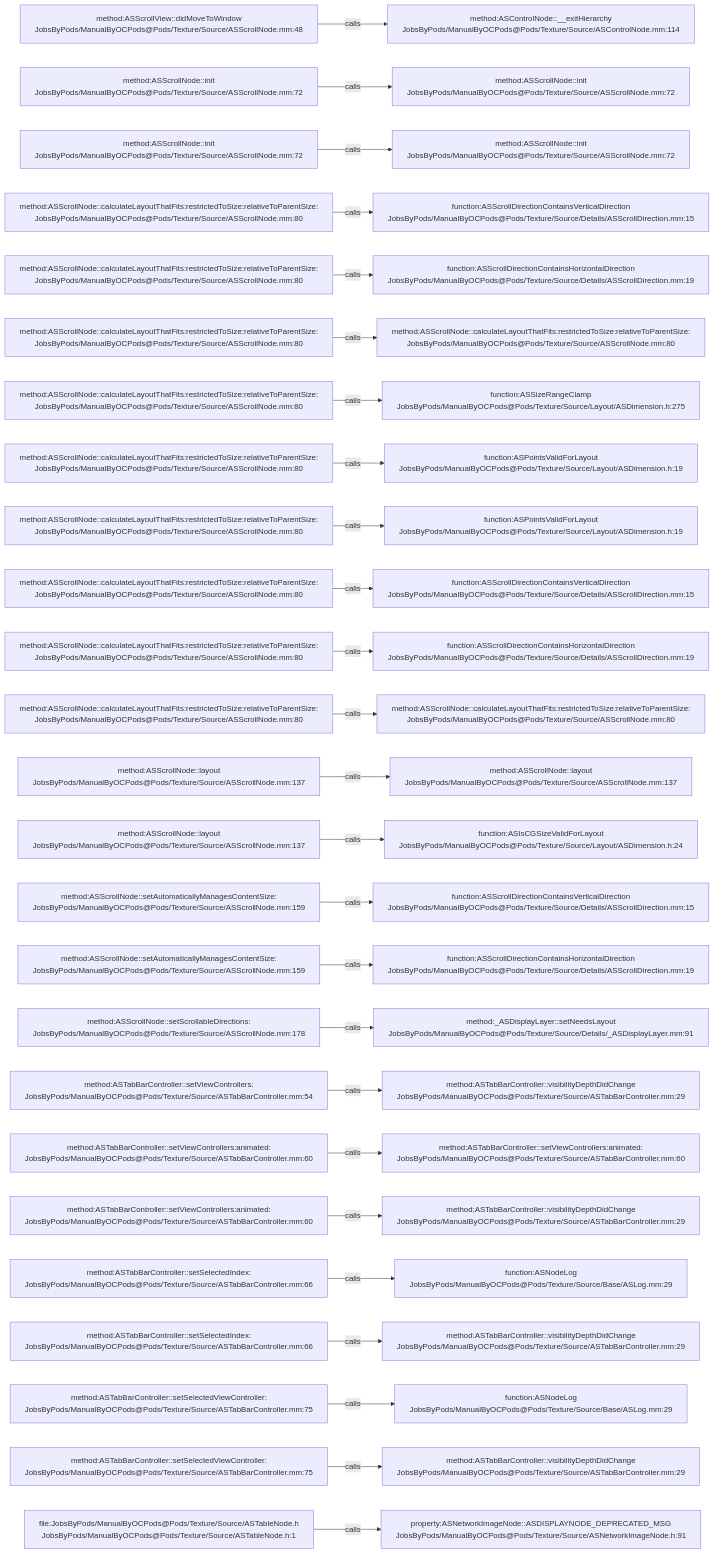
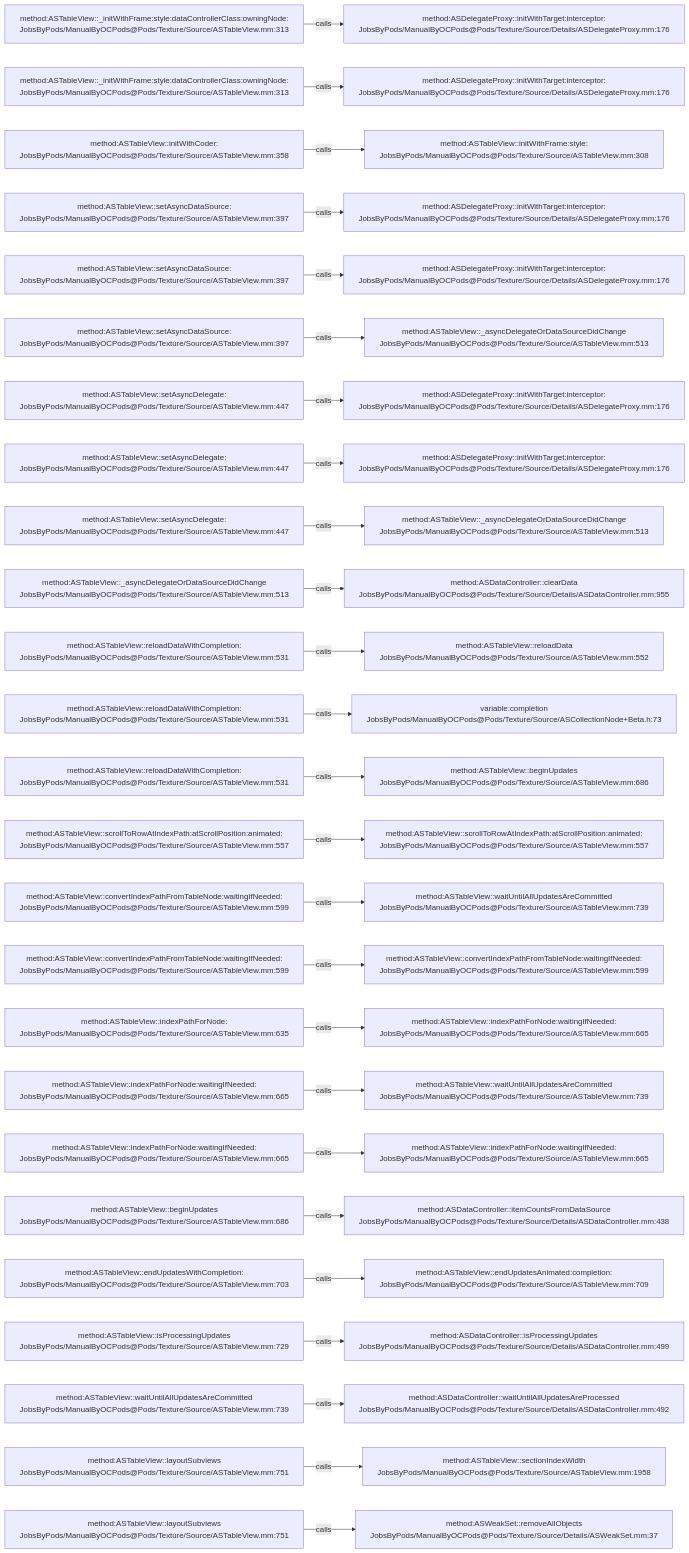
One commit to JobsKits/JobsOCBaseConfigDemo changed the diagram in .codegraph/codegraph.md/graphs/calls-119.md. Above: the diagram before and after it, drawn with Mermaid. The commit also changed 1448 other files, not shown here.

````diff
--- a/.codegraph/codegraph.md/graphs/calls-119.md
+++ b/.codegraph/codegraph.md/graphs/calls-119.md
@@ -13,78 +13,78 @@
 ```mermaid
 flowchart LR
-  S1["method:ASScrollView::didMoveToWindow<br/>JobsByPods/ManualByOCPods@Pods/Texture/Source/ASScrollNode.mm:48"]
-  T1["method:ASControlNode::__exitHierarchy<br/>JobsByPods/ManualByOCPods@Pods/Texture/Source/ASControlNode.mm:114"]
+  S1["method:ASTableView::_initWithFrame:style:dataControllerClass:owningNode:<br/>JobsByPods/ManualByOCPods@Pods/Texture/Source/ASTableView.mm:313"]
+  T1["method:ASDelegateProxy::initWithTarget:interceptor:<br/>JobsByPods/ManualByOCPods@Pods/Texture/Source/Details/ASDelegateProxy.mm:176"]
   S1 -->|calls| T1
-  S2["method:ASScrollNode::init<br/>JobsByPods/ManualByOCPods@Pods/Texture/Source/ASScrollNode.mm:72"]
-  T2["method:ASScrollNode::init<br/>JobsByPods/ManualByOCPods@Pods/Texture/Source/ASScrollNode.mm:72"]
+  S2["method:ASTableView::_initWithFrame:style:dataControllerClass:owningNode:<br/>JobsByPods/ManualByOCPods@Pods/Texture/Source/ASTableView.mm:313"]
+  T2["method:ASDelegateProxy::initWithTarget:interceptor:<br/>JobsByPods/ManualByOCPods@Pods/Texture/Source/Details/ASDelegateProxy.mm:176"]
   S2 -->|calls| T2
-  S3["method:ASScrollNode::init<br/>JobsByPods/ManualByOCPods@Pods/Texture/Source/ASScrollNode.mm:72"]
-  T3["method:ASScrollNode::init<br/>JobsByPods/ManualByOCPods@Pods/Texture/Source/ASScrollNode.mm:72"]
+  S3["method:ASTableView::initWithCoder:<br/>JobsByPods/ManualByOCPods@Pods/Texture/Source/ASTableView.mm:358"]
+  T3["method:ASTableView::initWithFrame:style:<br/>JobsByPods/ManualByOCPods@Pods/Texture/Source/ASTableView.mm:308"]
   S3 -->|calls| T3
-  S4["method:ASScrollNode::calculateLayoutThatFits:restrictedToSize:relativeToParentSize:<br/>JobsByPods/ManualByOCPods@Pods/Texture/Source/ASScrollNode.mm:80"]
-  T4["function:ASScrollDirectionContainsVerticalDirection<br/>JobsByPods/ManualByOCPods@Pods/Texture/Source/Details/ASScrollDirection.mm:15"]
+  S4["method:ASTableView::setAsyncDataSource:<br/>JobsByPods/ManualByOCPods@Pods/Texture/Source/ASTableView.mm:397"]
+  T4["method:ASDelegateProxy::initWithTarget:interceptor:<br/>JobsByPods/ManualByOCPods@Pods/Texture/Source/Details/ASDelegateProxy.mm:176"]
   S4 -->|calls| T4
-  S5["method:ASScrollNode::calculateLayoutThatFits:restrictedToSize:relativeToParentSize:<br/>JobsByPods/ManualByOCPods@Pods/Texture/Source/ASScrollNode.mm:80"]
-  T5["function:ASScrollDirectionContainsHorizontalDirection<br/>JobsByPods/ManualByOCPods@Pods/Texture/Source/Details/ASScrollDirection.mm:19"]
+  S5["method:ASTableView::setAsyncDataSource:<br/>JobsByPods/ManualByOCPods@Pods/Texture/Source/ASTableView.mm:397"]
+  T5["method:ASDelegateProxy::initWithTarget:interceptor:<br/>JobsByPods/ManualByOCPods@Pods/Texture/Source/Details/ASDelegateProxy.mm:176"]
   S5 -->|calls| T5
-  S6["method:ASScrollNode::calculateLayoutThatFits:restrictedToSize:relativeToParentSize:<br/>JobsByPods/ManualByOCPods@Pods/Texture/Source/ASScrollNode.mm:80"]
-  T6["method:ASScrollNode::calculateLayoutThatFits:restrictedToSize:relativeToParentSize:<br/>JobsByPods/ManualByOCPods@Pods/Texture/Source/ASScrollNode.mm:80"]
+  S6["method:ASTableView::setAsyncDataSource:<br/>JobsByPods/ManualByOCPods@Pods/Texture/Source/ASTableView.mm:397"]
+  T6["method:ASTableView::_asyncDelegateOrDataSourceDidChange<br/>JobsByPods/ManualByOCPods@Pods/Texture/Source/ASTableView.mm:513"]
   S6 -->|calls| T6
-  S7["method:ASScrollNode::calculateLayoutThatFits:restrictedToSize:relativeToParentSize:<br/>JobsByPods/ManualByOCPods@Pods/Texture/Source/ASScrollNode.mm:80"]
-  T7["function:ASSizeRangeClamp<br/>JobsByPods/ManualByOCPods@Pods/Texture/Source/Layout/ASDimension.h:275"]
+  S7["method:ASTableView::setAsyncDelegate:<br/>JobsByPods/ManualByOCPods@Pods/Texture/Source/ASTableView.mm:447"]
+  T7["method:ASDelegateProxy::initWithTarget:interceptor:<br/>JobsByPods/ManualByOCPods@Pods/Texture/Source/Details/ASDelegateProxy.mm:176"]
   S7 -->|calls| T7
-  S8["method:ASScrollNode::calculateLayoutThatFits:restrictedToSize:relativeToParentSize:<br/>JobsByPods/ManualByOCPods@Pods/Texture/Source/ASScrollNode.mm:80"]
-  T8["function:ASPointsValidForLayout<br/>JobsByPods/ManualByOCPods@Pods/Texture/Source/Layout/ASDimension.h:19"]
+  S8["method:ASTableView::setAsyncDelegate:<br/>JobsByPods/ManualByOCPods@Pods/Texture/Source/ASTableView.mm:447"]
+  T8["method:ASDelegateProxy::initWithTarget:interceptor:<br/>JobsByPods/ManualByOCPods@Pods/Texture/Source/Details/ASDelegateProxy.mm:176"]
   S8 -->|calls| T8
-  S9["method:ASScrollNode::calculateLayoutThatFits:restrictedToSize:relativeToParentSize:<br/>JobsByPods/ManualByOCPods@Pods/Texture/Source/ASScrollNode.mm:80"]
-  T9["function:ASPointsValidForLayout<br/>JobsByPods/ManualByOCPods@Pods/Texture/Source/Layout/ASDimension.h:19"]
+  S9["method:ASTableView::setAsyncDelegate:<br/>JobsByPods/ManualByOCPods@Pods/Texture/Source/ASTableView.mm:447"]
+  T9["method:ASTableView::_asyncDelegateOrDataSourceDidChange<br/>JobsByPods/ManualByOCPods@Pods/Texture/Source/ASTableView.mm:513"]
   S9 -->|calls| T9
-  S10["method:ASScrollNode::calculateLayoutThatFits:restrictedToSize:relativeToParentSize:<br/>JobsByPods/ManualByOCPods@Pods/Texture/Source/ASScrollNode.mm:80"]
-  T10["function:ASScrollDirectionContainsVerticalDirection<br/>JobsByPods/ManualByOCPods@Pods/Texture/Source/Details/ASScrollDirection.mm:15"]
+  S10["method:ASTableView::_asyncDelegateOrDataSourceDidChange<br/>JobsByPods/ManualByOCPods@Pods/Texture/Source/ASTableView.mm:513"]
+  T10["method:ASDataController::clearData<br/>JobsByPods/ManualByOCPods@Pods/Texture/Source/Details/ASDataController.mm:955"]
   S10 -->|calls| T10
-  S11["method:ASScrollNode::calculateLayoutThatFits:restrictedToSize:relativeToParentSize:<br/>JobsByPods/ManualByOCPods@Pods/Texture/Source/ASScrollNode.mm:80"]
-  T11["function:ASScrollDirectionContainsHorizontalDirection<br/>JobsByPods/ManualByOCPods@Pods/Texture/Source/Details/ASScrollDirection.mm:19"]
+  S11["method:ASTableView::reloadDataWithCompletion:<br/>JobsByPods/ManualByOCPods@Pods/Texture/Source/ASTableView.mm:531"]
+  T11["method:ASTableView::reloadData<br/>JobsByPods/ManualByOCPods@Pods/Texture/Source/ASTableView.mm:552"]
   S11 -->|calls| T11
-  S12["method:ASScrollNode::calculateLayoutThatFits:restrictedToSize:relativeToParentSize:<br/>JobsByPods/ManualByOCPods@Pods/Texture/Source/ASScrollNode.mm:80"]
-  T12["method:ASScrollNode::calculateLayoutThatFits:restrictedToSize:relativeToParentSize:<br/>JobsByPods/ManualByOCPods@Pods/Texture/Source/ASScrollNode.mm:80"]
+  S12["method:ASTableView::reloadDataWithCompletion:<br/>JobsByPods/ManualByOCPods@Pods/Texture/Source/ASTableView.mm:531"]
+  T12["variable:completion<br/>JobsByPods/ManualByOCPods@Pods/Texture/Source/ASCollectionNode+Beta.h:73"]
   S12 -->|calls| T12
-  S13["method:ASScrollNode::layout<br/>JobsByPods/ManualByOCPods@Pods/Texture/Source/ASScrollNode.mm:137"]
-  T13["method:ASScrollNode::layout<br/>JobsByPods/ManualByOCPods@Pods/Texture/Source/ASScrollNode.mm:137"]
+  S13["method:ASTableView::reloadDataWithCompletion:<br/>JobsByPods/ManualByOCPods@Pods/Texture/Source/ASTableView.mm:531"]
+  T13["method:ASTableView::beginUpdates<br/>JobsByPods/ManualByOCPods@Pods/Texture/Source/ASTableView.mm:686"]
   S13 -->|calls| T13
-  S14["method:ASScrollNode::layout<br/>JobsByPods/ManualByOCPods@Pods/Texture/Source/ASScrollNode.mm:137"]
-  T14["function:ASIsCGSizeValidForLayout<br/>JobsByPods/ManualByOCPods@Pods/Texture/Source/Layout/ASDimension.h:24"]
+  S14["method:ASTableView::scrollToRowAtIndexPath:atScrollPosition:animated:<br/>JobsByPods/ManualByOCPods@Pods/Texture/Source/ASTableView.mm:557"]
+  T14["method:ASTableView::scrollToRowAtIndexPath:atScrollPosition:animated:<br/>JobsByPods/ManualByOCPods@Pods/Texture/Source/ASTableView.mm:557"]
   S14 -->|calls| T14
-  S15["method:ASScrollNode::setAutomaticallyManagesContentSize:<br/>JobsByPods/ManualByOCPods@Pods/Texture/Source/ASScrollNode.mm:159"]
-  T15["function:ASScrollDirectionContainsVerticalDirection<br/>JobsByPods/ManualByOCPods@Pods/Texture/Source/Details/ASScrollDirection.mm:15"]
+  S15["method:ASTableView::convertIndexPathFromTableNode:waitingIfNeeded:<br/>JobsByPods/ManualByOCPods@Pods/Texture/Source/ASTableView.mm:599"]
+  T15["method:ASTableView::waitUntilAllUpdatesAreCommitted<br/>JobsByPods/ManualByOCPods@Pods/Texture/Source/ASTableView.mm:739"]
   S15 -->|calls| T15
-  S16["method:ASScrollNode::setAutomaticallyManagesContentSize:<br/>JobsByPods/ManualByOCPods@Pods/Texture/Source/ASScrollNode.mm:159"]
-  T16["function:ASScrollDirectionContainsHorizontalDirection<br/>JobsByPods/ManualByOCPods@Pods/Texture/Source/Details/ASScrollDirection.mm:19"]
+  S16["method:ASTableView::convertIndexPathFromTableNode:waitingIfNeeded:<br/>JobsByPods/ManualByOCPods@Pods/Texture/Source/ASTableView.mm:599"]
+  T16["method:ASTableView::convertIndexPathFromTableNode:waitingIfNeeded:<br/>JobsByPods/ManualByOCPods@Pods/Texture/Source/ASTableView.mm:599"]
   S16 -->|calls| T16
-  S17["method:ASScrollNode::setScrollableDirections:<br/>JobsByPods/ManualByOCPods@Pods/Texture/Source/ASScrollNode.mm:178"]
-  T17["method:_ASDisplayLayer::setNeedsLayout<br/>JobsByPods/ManualByOCPods@Pods/Texture/Source/Details/_ASDisplayLayer.mm:91"]
+  S17["method:ASTableView::indexPathForNode:<br/>JobsByPods/ManualByOCPods@Pods/Texture/Source/ASTableView.mm:635"]
+  T17["method:ASTableView::indexPathForNode:waitingIfNeeded:<br/>JobsByPods/ManualByOCPods@Pods/Texture/Source/ASTableView.mm:665"]
   S17 -->|calls| T17
-  S18["method:ASTabBarController::setViewControllers:<br/>JobsByPods/ManualByOCPods@Pods/Texture/Source/ASTabBarController.mm:54"]
-  T18["method:ASTabBarController::visibilityDepthDidChange<br/>JobsByPods/ManualByOCPods@Pods/Texture/Source/ASTabBarController.mm:29"]
+  S18["method:ASTableView::indexPathForNode:waitingIfNeeded:<br/>JobsByPods/ManualByOCPods@Pods/Texture/Source/ASTableView.mm:665"]
+  T18["method:ASTableView::waitUntilAllUpdatesAreCommitted<br/>JobsByPods/ManualByOCPods@Pods/Texture/Source/ASTableView.mm:739"]
   S18 -->|calls| T18
-  S19["method:ASTabBarController::setViewControllers:animated:<br/>JobsByPods/ManualByOCPods@Pods/Texture/Source/ASTabBarController.mm:60"]
-  T19["method:ASTabBarController::setViewControllers:animated:<br/>JobsByPods/ManualByOCPods@Pods/Texture/Source/ASTabBarController.mm:60"]
+  S19["method:ASTableView::indexPathForNode:waitingIfNeeded:<br/>JobsByPods/ManualByOCPods@Pods/Texture/Source/ASTableView.mm:665"]
+  T19["method:ASTableView::indexPathForNode:waitingIfNeeded:<br/>JobsByPods/ManualByOCPods@Pods/Texture/Source/ASTableView.mm:665"]
   S19 -->|calls| T19
-  S20["method:ASTabBarController::setViewControllers:animated:<br/>JobsByPods/ManualByOCPods@Pods/Texture/Source/ASTabBarController.mm:60"]
-  T20["method:ASTabBarController::visibilityDepthDidChange<br/>JobsByPods/ManualByOCPods@Pods/Texture/Source/ASTabBarController.mm:29"]
+  S20["method:ASTableView::beginUpdates<br/>JobsByPods/ManualByOCPods@Pods/Texture/Source/ASTableView.mm:686"]
+  T20["method:ASDataController::itemCountsFromDataSource<br/>JobsByPods/ManualByOCPods@Pods/Texture/Source/Details/ASDataController.mm:438"]
   S20 -->|calls| T20
-  S21["method:ASTabBarController::setSelectedIndex:<br/>JobsByPods/ManualByOCPods@Pods/Texture/Source/ASTabBarController.mm:66"]
-  T21["function:ASNodeLog<br/>JobsByPods/ManualByOCPods@Pods/Texture/Source/Base/ASLog.mm:29"]
+  S21["method:ASTableView::endUpdatesWithCompletion:<br/>JobsByPods/ManualByOCPods@Pods/Texture/Source/ASTableView.mm:703"]
+  T21["method:ASTableView::endUpdatesAnimated:completion:<br/>JobsByPods/ManualByOCPods@Pods/Texture/Source/ASTableView.mm:709"]
   S21 -->|calls| T21
-  S22["method:ASTabBarController::setSelectedIndex:<br/>JobsByPods/ManualByOCPods@Pods/Texture/Source/ASTabBarController.mm:66"]
-  T22["method:ASTabBarController::visibilityDepthDidChange<br/>JobsByPods/ManualByOCPods@Pods/Texture/Source/ASTabBarController.mm:29"]
+  S22["method:ASTableView::isProcessingUpdates<br/>JobsByPods/ManualByOCPods@Pods/Texture/Source/ASTableView.mm:729"]
+  T22["method:ASDataController::isProcessingUpdates<br/>JobsByPods/ManualByOCPods@Pods/Texture/Source/Details/ASDataController.mm:499"]
   S22 -->|calls| T22
-  S23["method:ASTabBarController::setSelectedViewController:<br/>JobsByPods/ManualByOCPods@Pods/Texture/Source/ASTabBarController.mm:75"]
-  T23["function:ASNodeLog<br/>JobsByPods/ManualByOCPods@Pods/Texture/Source/Base/ASLog.mm:29"]
+  S23["method:ASTableView::waitUntilAllUpdatesAreCommitted<br/>JobsByPods/ManualByOCPods@Pods/Texture/Source/ASTableView.mm:739"]
+  T23["method:ASDataController::waitUntilAllUpdatesAreProcessed<br/>JobsByPods/ManualByOCPods@Pods/Texture/Source/Details/ASDataController.mm:492"]
   S23 -->|calls| T23
-  S24["method:ASTabBarController::setSelectedViewController:<br/>JobsByPods/ManualByOCPods@Pods/Texture/Source/ASTabBarController.mm:75"]
-  T24["method:ASTabBarController::visibilityDepthDidChange<br/>JobsByPods/ManualByOCPods@Pods/Texture/Source/ASTabBarController.mm:29"]
+  S24["method:ASTableView::layoutSubviews<br/>JobsByPods/ManualByOCPods@Pods/Texture/Source/ASTableView.mm:751"]
+  T24["method:ASTableView::sectionIndexWidth<br/>JobsByPods/ManualByOCPods@Pods/Texture/Source/ASTableView.mm:1958"]
   S24 -->|calls| T24
-  S25["file:JobsByPods/ManualByOCPods@Pods/Texture/Source/ASTableNode.h<br/>JobsByPods/ManualByOCPods@Pods/Texture/Source/ASTableNode.h:1"]
-  T25["property:ASNetworkImageNode::ASDISPLAYNODE_DEPRECATED_MSG<br/>JobsByPods/ManualByOCPods@Pods/Texture/Source/ASNetworkImageNode.h:91"]
+  S25["method:ASTableView::layoutSubviews<br/>JobsByPods/ManualByOCPods@Pods/Texture/Source/ASTableView.mm:751"]
+  T25["method:ASWeakSet::removeAllObjects<br/>JobsByPods/ManualByOCPods@Pods/Texture/Source/Details/ASWeakSet.mm:37"]
   S25 -->|calls| T25
 ```
````
